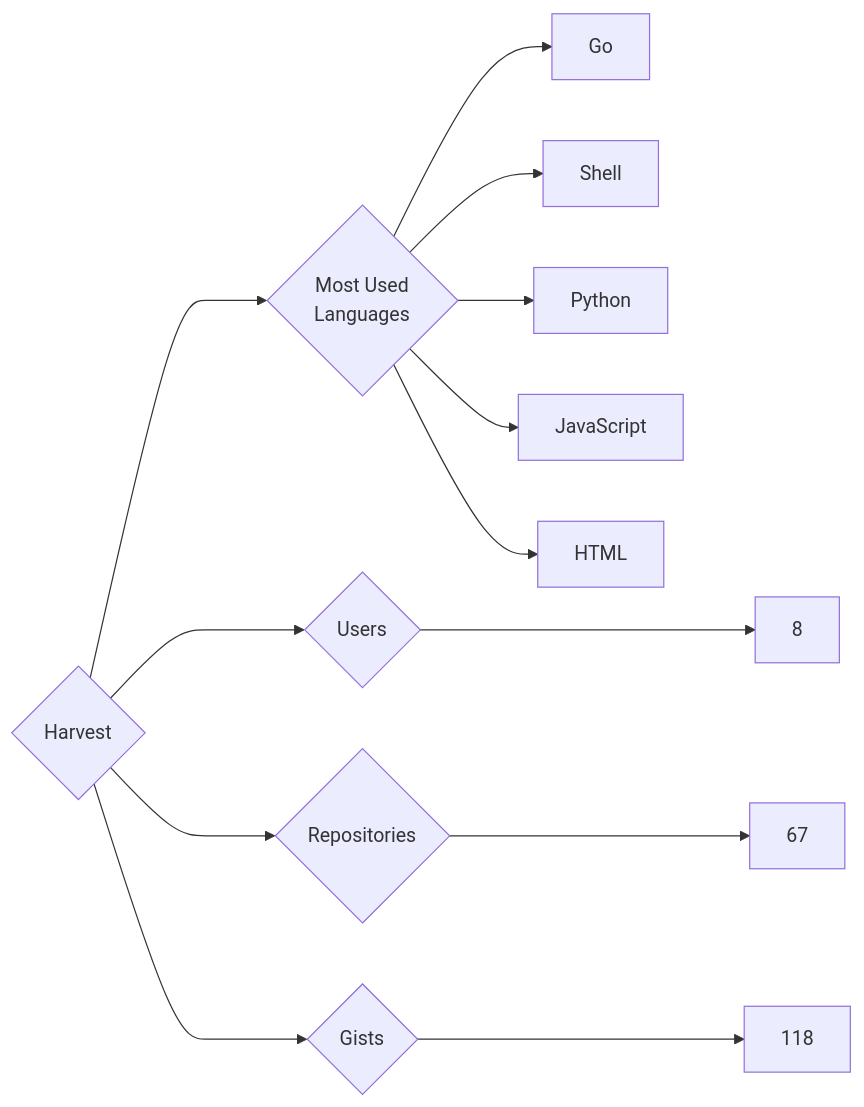
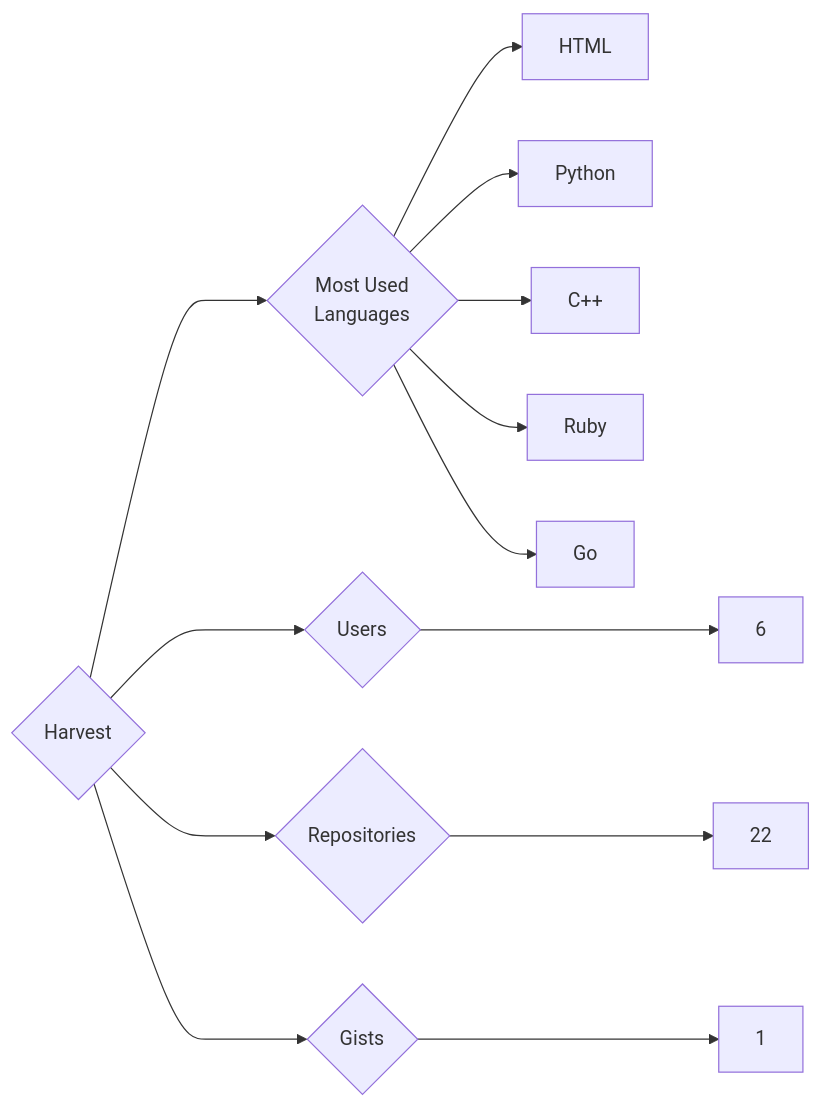
The diagram in targets/Harvest/README.md (trickest/insiders), drawn with Mermaid before and after one commit. The commit also changed 984 other files, not shown here.

````diff
--- a/targets/Harvest/README.md
+++ b/targets/Harvest/README.md
@@ -3,13 +3,13 @@
 ```mermaid
 graph LR
 COMPANY_NAME{Harvest}
-COMPANY_NAME ---> U{Users} ---> UN[8]
-COMPANY_NAME ---> R{Repositories} ---> RN[67]
-COMPANY_NAME ---> G{Gists} ---> GN[118]
+COMPANY_NAME ---> U{Users} ---> UN[6]
+COMPANY_NAME ---> R{Repositories} ---> RN[22]
+COMPANY_NAME ---> G{Gists} ---> GN[1]
 COMPANY_NAME ---> ML{Most Used<br>Languages}
-ML --> Go
-ML --> Shell
-ML --> Python
-ML --> JavaScript
-ML --> HTML
+ML --> HTML[HTML]
+ML --> Python[Python]
+ML --> C++[C++]
+ML --> Ruby[Ruby]
+ML --> Go[Go]
 ```
````
